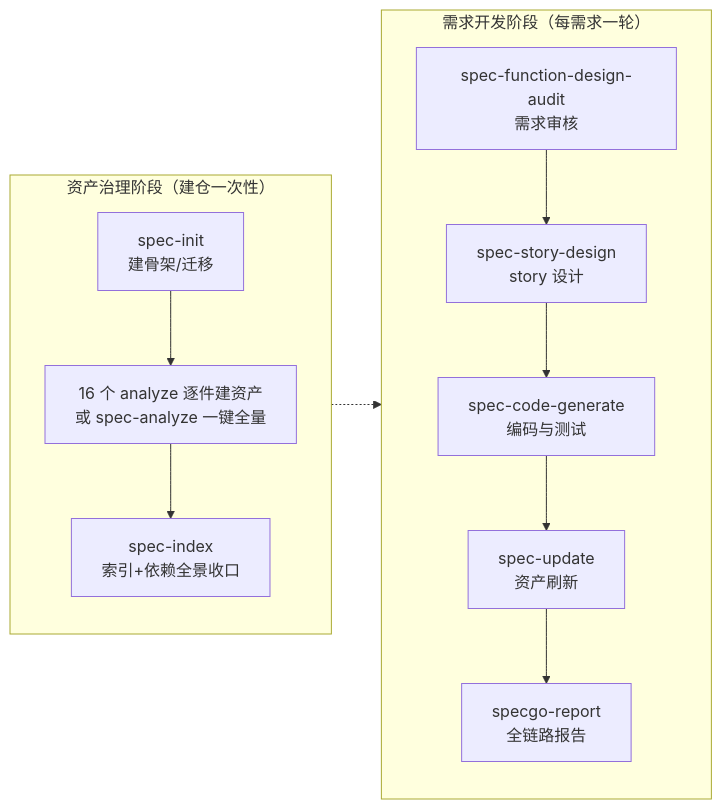
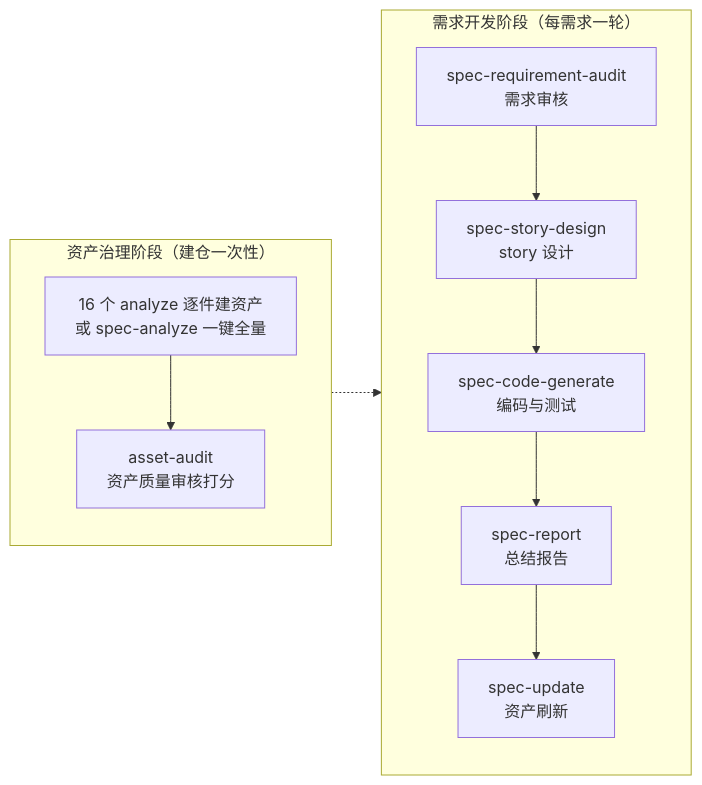
Before and after one commit to CoreGeekASTL/specgo: the third of 4 diagrams in README.md, drawn with Mermaid. The commit also changed other lines of this file and 137 other files, not shown here.

````diff
--- a/README.md
+++ b/README.md
@@ -139,10 +118,10 @@
 ```mermaid
 flowchart LR
     subgraph G1["资产治理阶段（建仓一次性）"]
-        S1["spec-init<br/>建骨架/迁移"] --> S2["16 个 analyze 逐件建资产<br/>或 spec-analyze 一键全量"] --> S3["spec-index<br/>索引+依赖全景收口"]
+        S1["16 个 analyze 逐件建资产<br/>或 spec-analyze 一键全量"] --> S2["asset-audit<br/>资产质量审核打分"]
     end
     subgraph G2["需求开发阶段（每需求一轮）"]
-        D1["spec-function-design-audit<br/>需求审核"] --> D2["spec-story-design<br/>story 设计"] --> D3["spec-code-generate<br/>编码与测试"] --> D4["spec-update<br/>资产刷新"] --> D5["specgo-report<br/>全链路报告"]
+        D1["spec-requirement-audit<br/>需求审核"] --> D2["spec-story-design<br/>story 设计"] --> D3["spec-code-generate<br/>编码与测试"] --> D4["spec-report<br/>总结报告"] --> D5["spec-update<br/>资产刷新"]
     end
     G1 -.-> G2
 ```
````
